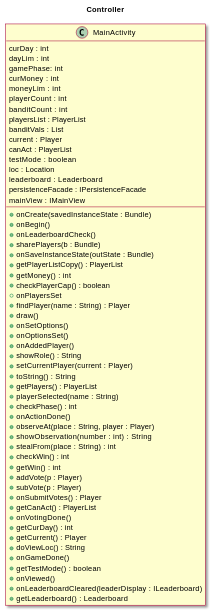
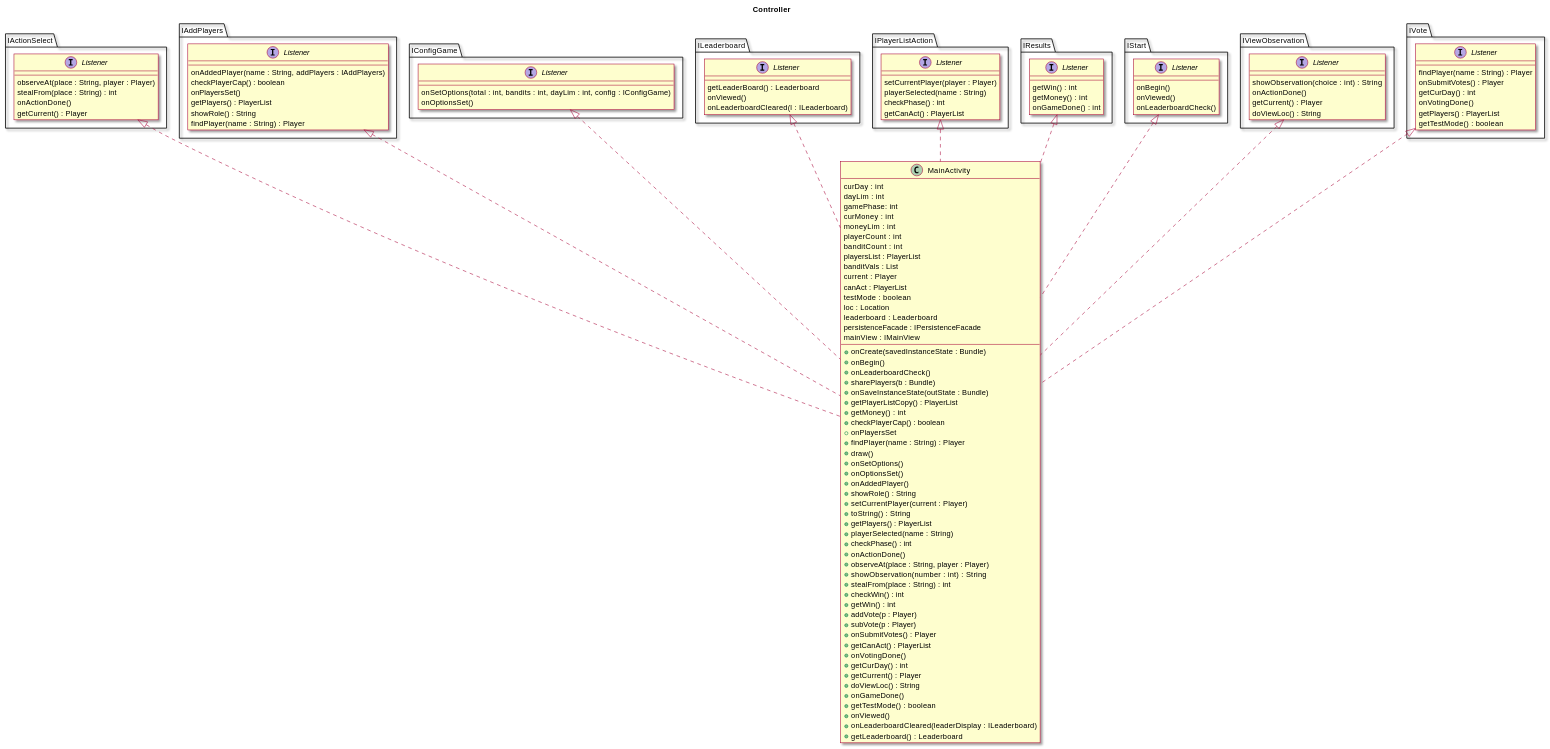
One commit to DeannaLC/AndroidProject changed the fifth of 8 diagrams in intellij/doc/design.md. Above: the diagram before and after it, drawn with PlantUML. The commit also changed other lines of this file and 20 other files, not shown here.

Commit message:
more javadoc, diagrams updated, readme updated

````diff
--- a/intellij/doc/design.md
+++ b/intellij/doc/design.md
@@ -180,4 +198,76 @@
 +onLeaderboardCleared(leaderDisplay : ILeaderboard)
 +getLeaderboard() : Leaderboard
 }
+
+interface IActionSelect.Listener{
+observeAt(place : String, player : Player)
+stealFrom(place : String) : int
+onActionDone()
+getCurrent() : Player
+}
+
+interface IAddPlayers.Listener{
+onAddedPlayer(name : String, addPlayers : IAddPlayers)
+checkPlayerCap() : boolean
+onPlayersSet()
+getPlayers() : PlayerList
+showRole() : String
+findPlayer(name : String) : Player
+}
+
+interface IConfigGame.Listener{
+onSetOptions(total : int, bandits : int, dayLim : int, config : IConfigGame)
+onOptionsSet()
+}
+
+interface ILeaderboard.Listener{
+getLeaderBoard() : Leaderboard
+onViewed()
+onLeaderboardCleared(l : ILeaderboard)
+}
+
+interface IPlayerListAction.Listener{
+setCurrentPlayer(player : Player)
+playerSelected(name : String)
+checkPhase() : int
+getCanAct() : PlayerList
+}
+
+interface IResults.Listener{
+getWin() : int
+getMoney() : int
+onGameDone() : int
+}
+
+interface IStart.Listener{
+onBegin()
+onViewed()
+onLeaderboardCheck()
+}
+
+interface IViewObservation.Listener{
+showObservation(choice : int) : String
+onActionDone()
+getCurrent() : Player
+doViewLoc() : String
+}
+
+interface IVote.Listener{
+findPlayer(name : String) : Player
+onSubmitVotes() : Player
+getCurDay() : int
+onVotingDone()
+getPlayers() : PlayerList
+getTestMode() : boolean
+}
+
+IActionSelect.Listener <|.. MainActivity
+IAddPlayers.Listener <|.. MainActivity
+IConfigGame.Listener <|.. MainActivity
+ILeaderboard.Listener <|.. MainActivity
+IPlayerListAction.Listener <|.. MainActivity
+IResults.Listener <|.. MainActivity
+IStart.Listener <|.. MainActivity
+IViewObservation.Listener <|.. MainActivity
+IVote.Listener <|.. MainActivity
 ```
````
